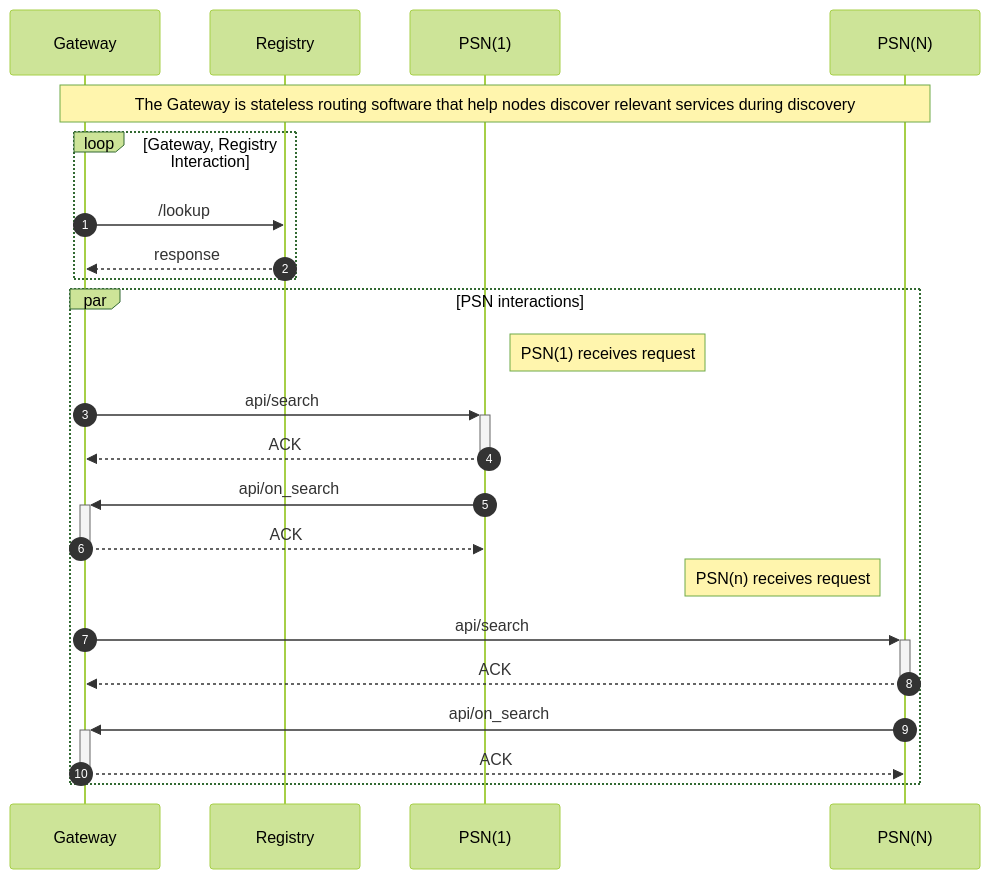
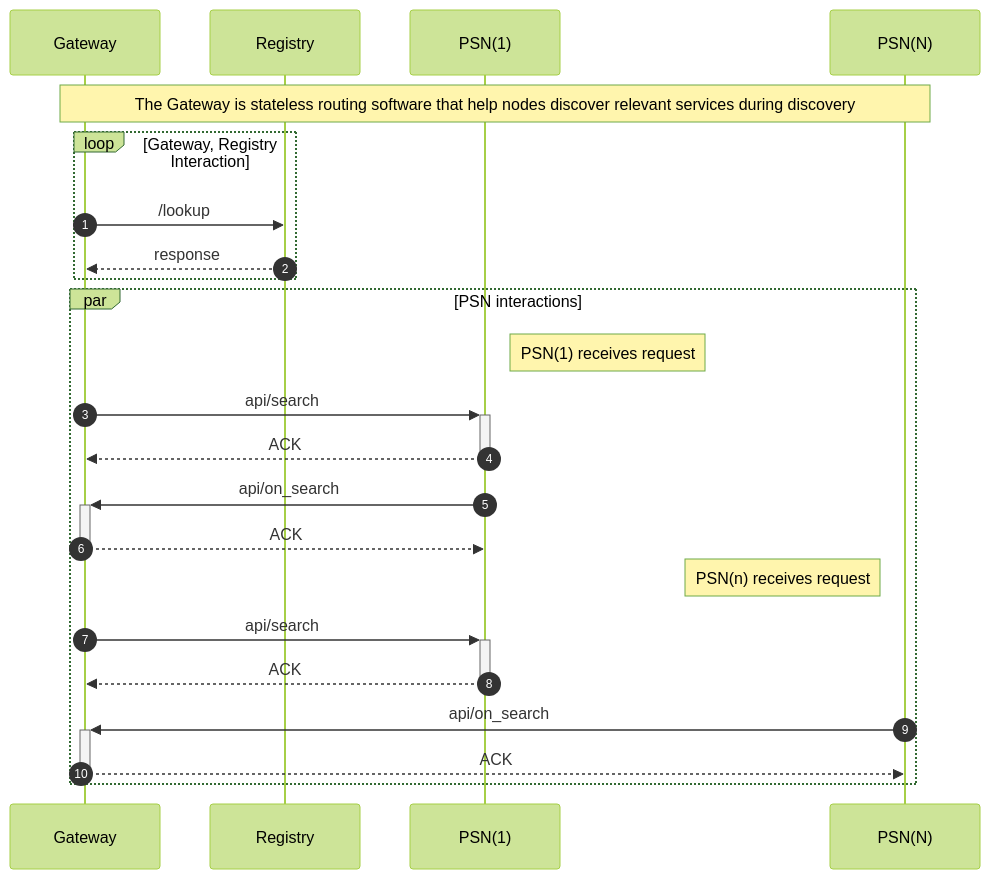
Before and after one commit to Palette-Labs-Inc/protocol: the first of 14 diagrams in docs/OVERVIEW.md, drawn with Mermaid (forest theme).

Commit message:
fix gateway diagram

````diff
--- a/docs/OVERVIEW.md
+++ b/docs/OVERVIEW.md
@@ -31,28 +31,28 @@
  ```mermaid
 sequenceDiagram
     autonumber
     participant Gateway
     participant REGISTRY as Registry
     participant PSN1 as PSN(1)
     participant PSNn as PSN(N)
 
     Note over Gateway, PSNn: The Gateway is stateless routing software that help nodes discover relevant services during discovery
     loop Gateway, Registry Interaction
     Gateway->>REGISTRY: /lookup
     REGISTRY-->>Gateway: response
     end 
 
     par PSN interactions
         Note right of PSN1: PSN(1) receives request
         Gateway->>+PSN1: api/search
         PSN1-->>-Gateway: ACK
         PSN1->>+Gateway: api/on_search
         Gateway-->>-PSN1: ACK
 
         Note left of PSNn: PSN(n) receives request
-        Gateway->>+PSNn: api/search
-        PSNn-->>-Gateway: ACK
+        Gateway->>+PSN1: api/search
+        PSN1-->>-Gateway: ACK
         PSNn->>+Gateway: api/on_search
         Gateway-->>-PSNn: ACK
     end
  ```
````
